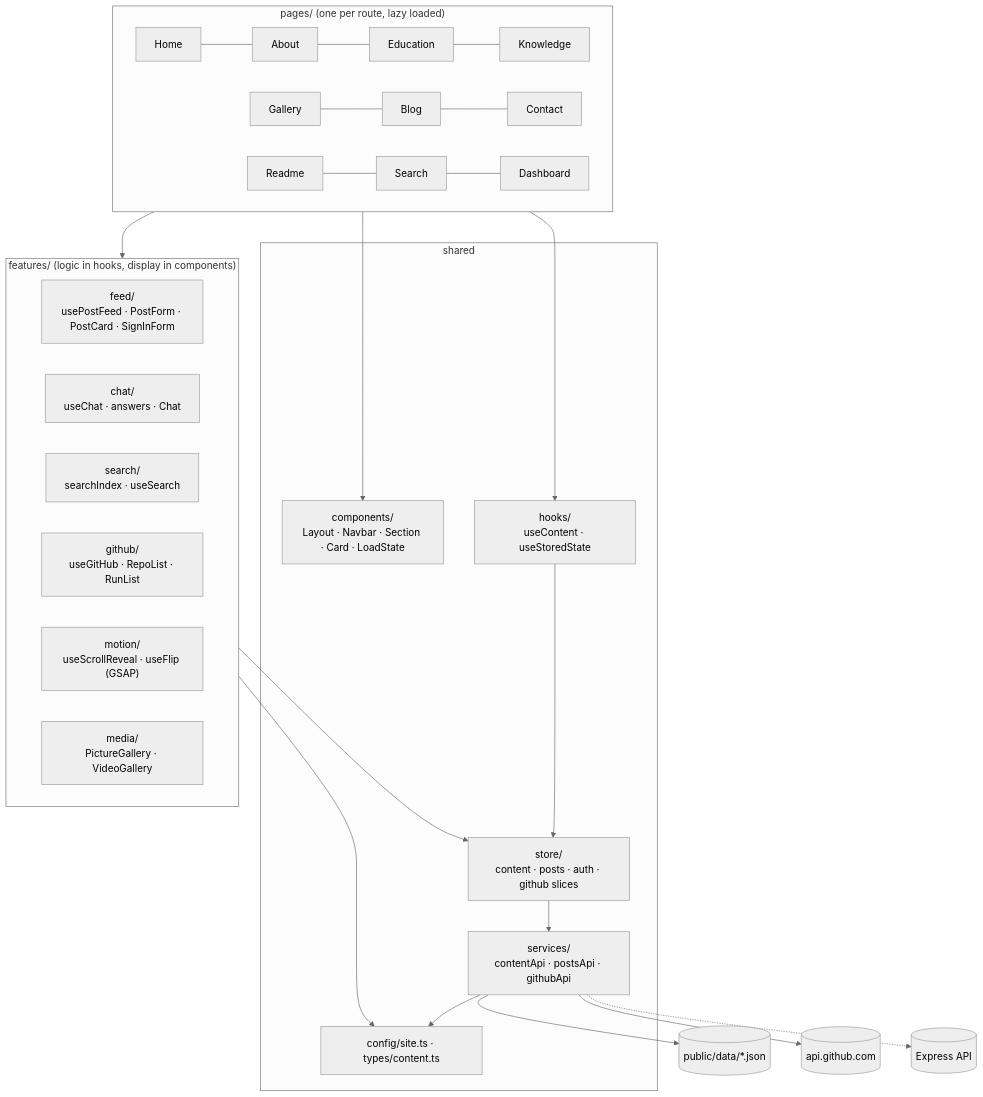
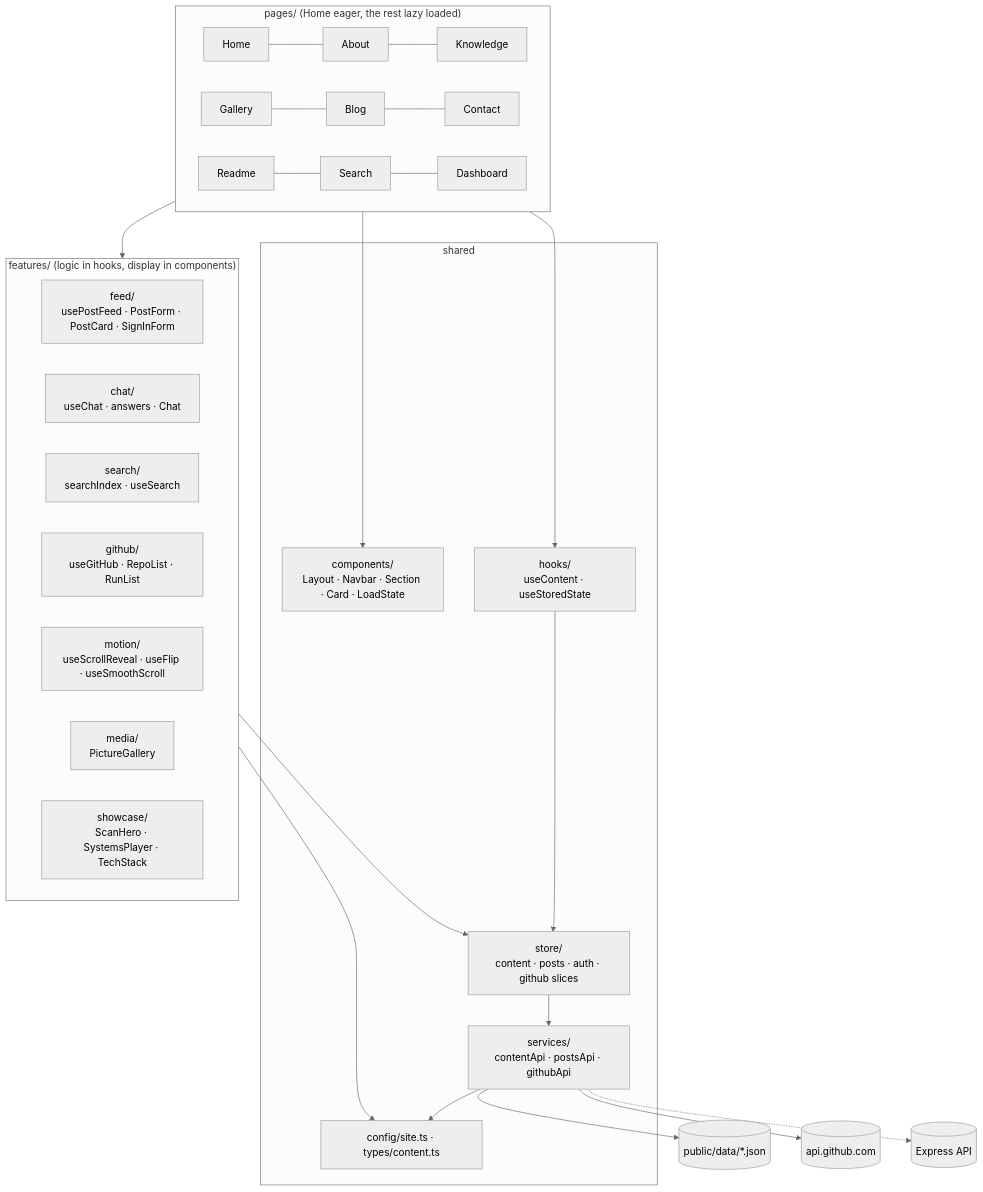
One commit to Jagruti731/cs5709-digital-portfolio changed the diagram in docs/diagrams/modules-v2.mmd. Above: the diagram before and after it, drawn with Mermaid (neutral theme). The commit also changed 11 other files, not shown here.

Commit message:
corrective: Readme diagrams render as valid SVG, table of contents text fixed (CR-51)

```diff
--- a/docs/diagrams/modules-v2.mmd
+++ b/docs/diagrams/modules-v2.mmd
@@ -1,32 +1,33 @@
 flowchart TB
-  subgraph PAGES["pages/ (one per route, lazy loaded)"]
-    home[Home] --- about[About] --- edu[Education] --- know[Knowledge]
+  subgraph PAGES["pages/ (Home eager, the rest lazy loaded)"]
+    home[Home] --- about[About] --- know[Knowledge]
     gal[Gallery] --- blog[Blog] --- msg[Contact]
     rd[Readme] --- srch[Search] --- dash[Dashboard]
   end
   subgraph FEATURES["features/ (logic in hooks, display in components)"]
     feed["feed/<br/>usePostFeed · PostForm · PostCard · SignInForm"]
     chat["chat/<br/>useChat · answers · Chat"]
     search["search/<br/>searchIndex · useSearch"]
     github["github/<br/>useGitHub · RepoList · RunList"]
-    motion["motion/<br/>useScrollReveal · useFlip (GSAP)"]
-    media["media/<br/>PictureGallery · VideoGallery"]
+    motion["motion/<br/>useScrollReveal · useFlip · useSmoothScroll"]
+    media["media/<br/>PictureGallery"]
+    showcase["showcase/<br/>ScanHero · SystemsPlayer · TechStack"]
   end
   subgraph CORE["shared"]
     comps["components/<br/>Layout · Navbar · Section · Card · LoadState"]
     hooks["hooks/<br/>useContent · useStoredState"]
     store["store/<br/>content · posts · auth · github slices"]
     services["services/<br/>contentApi · postsApi · githubApi"]
     cfg["config/site.ts · types/content.ts"]
   end
   PAGES --> comps
   PAGES --> FEATURES
   PAGES --> hooks
   FEATURES --> store
   hooks --> store
   store --> services
   services --> data[("public/data/*.json")]
   services --> ghapi[("api.github.com")]
   services -.-> apisrv[("Express API")]
   FEATURES --> cfg
   services --> cfg
```
